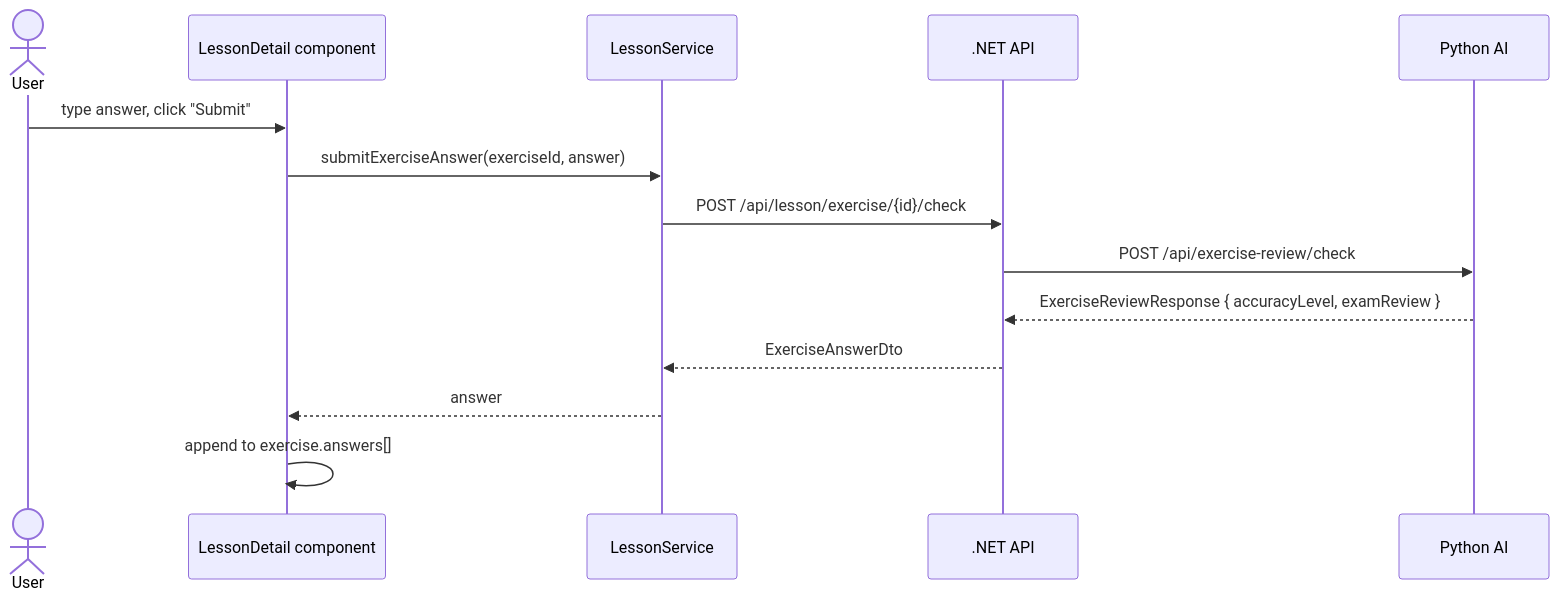
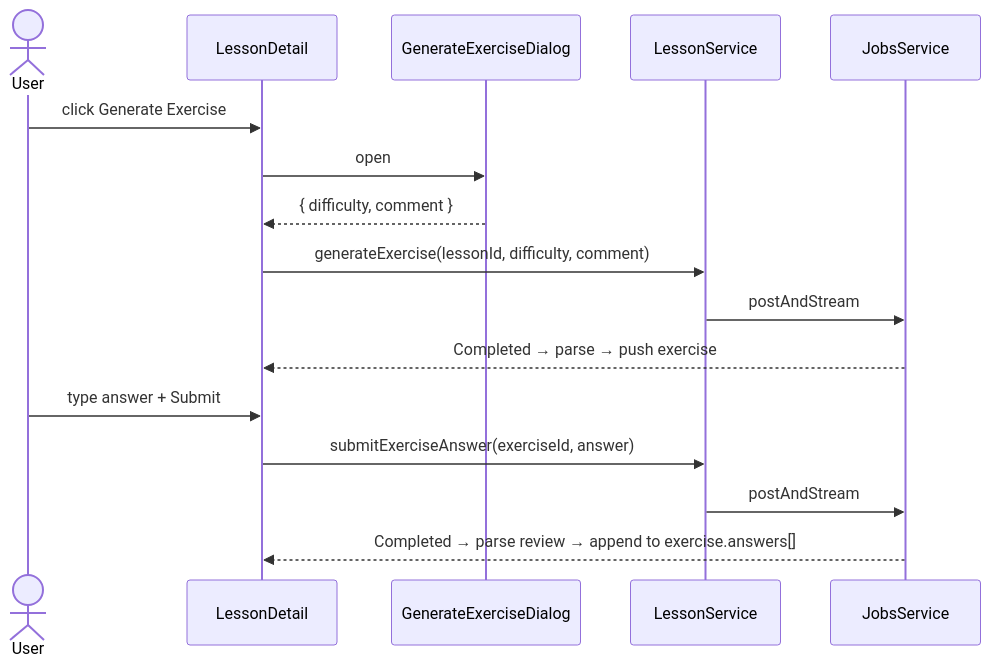
The fourth of 7 diagrams in diagrams/frontend/06-flows.md (Dockdep/LessonHub), drawn with Mermaid before and after one commit. The commit also changed other lines of this file and 36 other files, not shown here.

````diff
--- a/diagrams/frontend/06-flows.md
+++ b/diagrams/frontend/06-flows.md
@@ -97,17 +90,20 @@
 ```mermaid
 sequenceDiagram
   actor User
-  participant LD as LessonDetail component
+  participant LD as LessonDetail
+  participant Dlg as GenerateExerciseDialog
   participant LS as LessonService
-  participant API as .NET API
-  participant AI as Python AI
+  participant Jobs as JobsService
 
-  User->>LD: type answer, click "Submit"
+  User->>LD: click Generate Exercise
+  LD->>Dlg: open
+  Dlg-->>LD: { difficulty, comment }
+  LD->>LS: generateExercise(lessonId, difficulty, comment)
+  LS->>Jobs: postAndStream
+  Jobs-->>LD: Completed → parse → push exercise
+
+  User->>LD: type answer + Submit
   LD->>LS: submitExerciseAnswer(exerciseId, answer)
-  LS->>API: POST /api/lesson/exercise/{id}/check
-  API->>AI: POST /api/exercise-review/check
-  AI-->>API: ExerciseReviewResponse { accuracyLevel, examReview }
-  API-->>LS: ExerciseAnswerDto
-  LS-->>LD: answer
-  LD->>LD: append to exercise.answers[]
+  LS->>Jobs: postAndStream
+  Jobs-->>LD: Completed → parse review → append to exercise.answers[]
 ```
````
